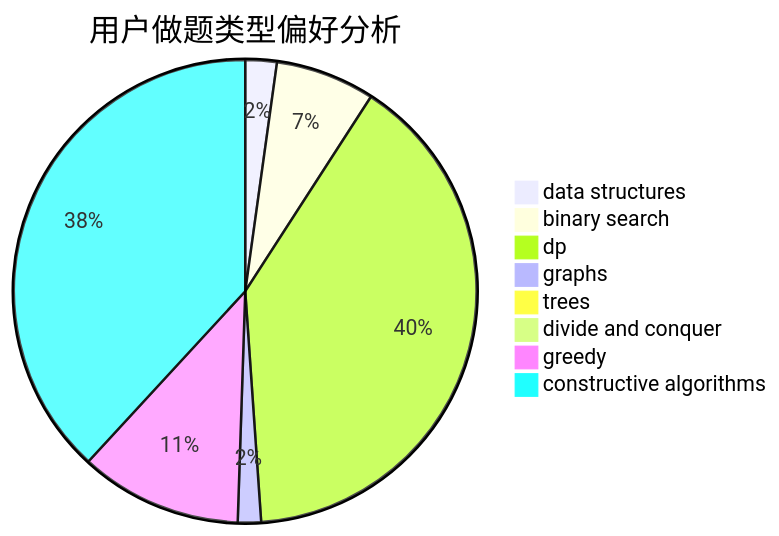
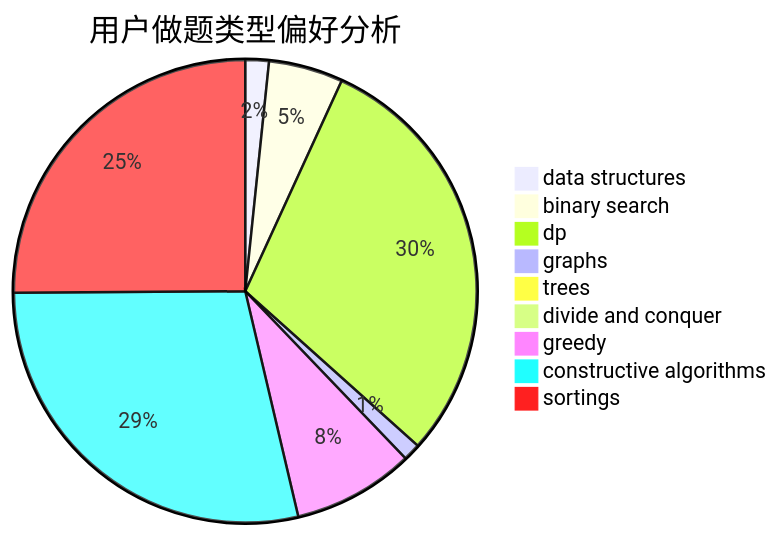
The second of 3 diagrams in docs/user/u1840.md (sherpahu/cfrs.github.io), drawn with Mermaid before and after one commit. The commit also changed other lines of this file and 2769 other files, not shown here.

````diff
--- a/docs/user/u1840.md
+++ b/docs/user/u1840.md
@@ -23,11 +18,12 @@
 ```mermaid
 pie title 用户做题类型偏好分析
     "data structures" :  19
     "binary search" :  60
     "dp" :  344
     "graphs" :  14
     "trees" :  0
     "divide and conquer" :  1
     "greedy" :  98
     "constructive algorithms" :  330
+    "sortings" :  290
 ```
````
